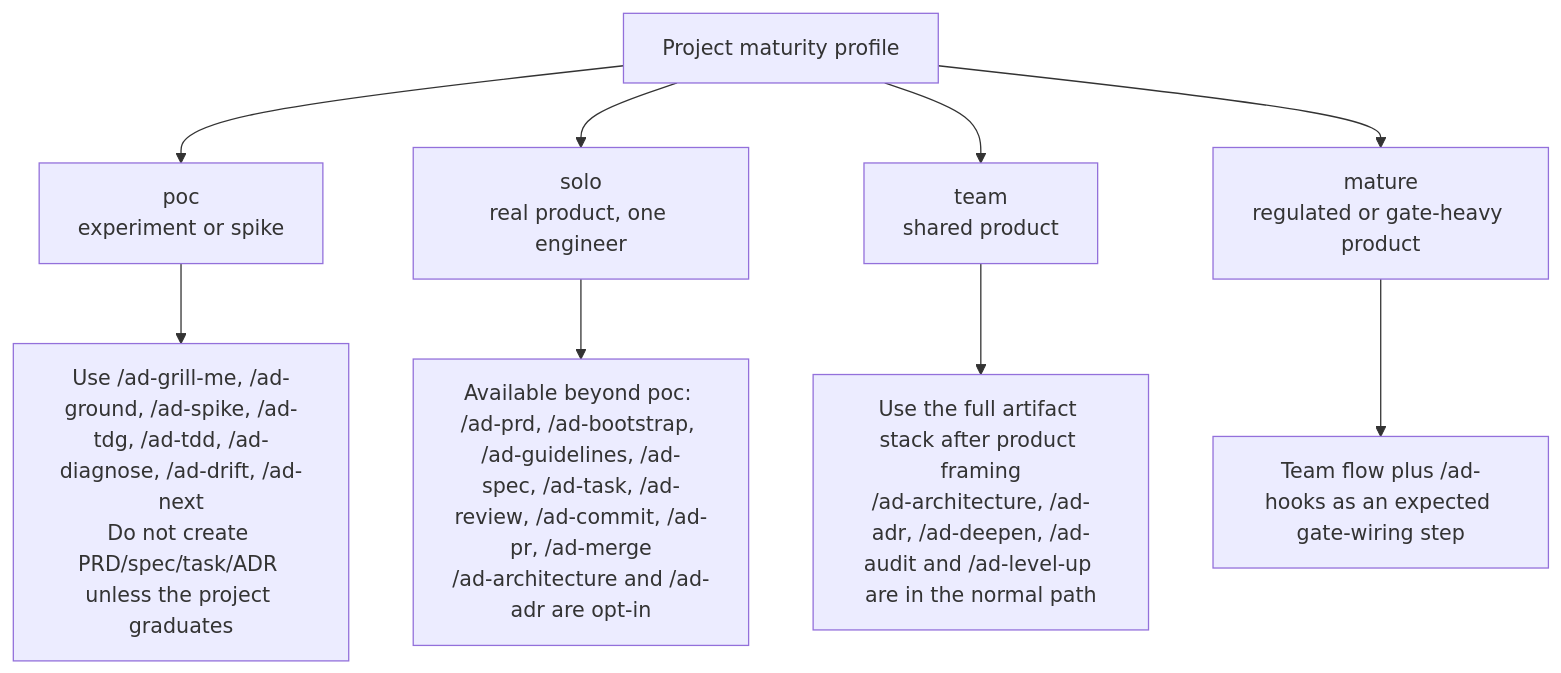
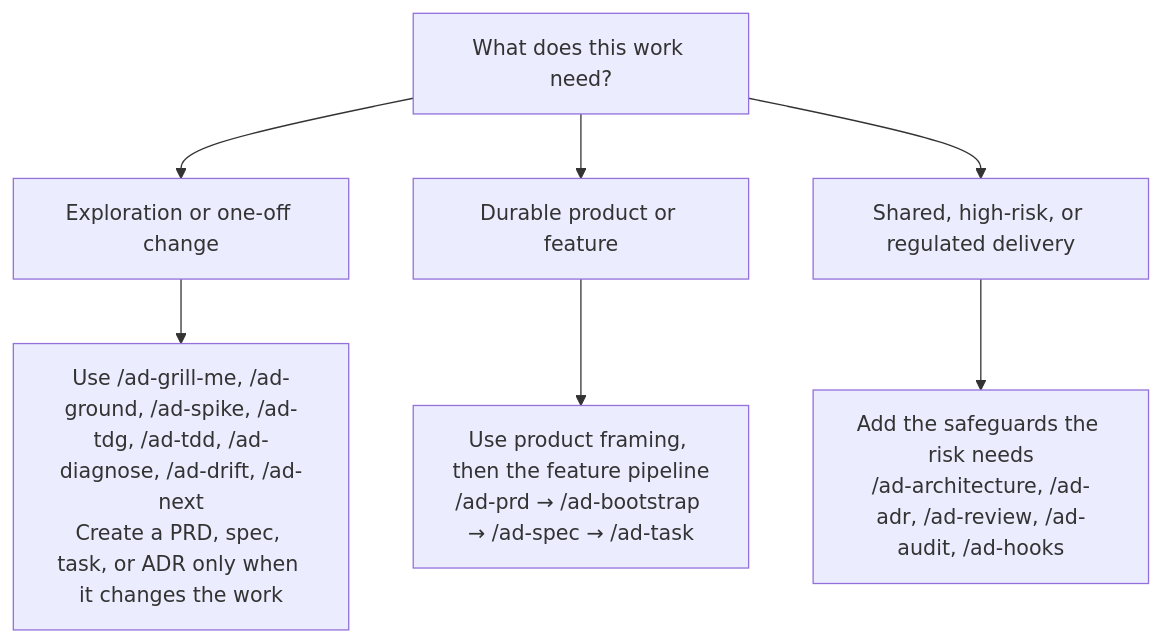
The second of 10 diagrams in WORKFLOW-FLOWS.md (alexandremendoncaalvaro/agentic-development), drawn with Mermaid before and after one commit. The commit also changed other lines of this file and 112 other files, not shown here.

````diff
--- a/WORKFLOW-FLOWS.md
+++ b/WORKFLOW-FLOWS.md
@@ -52,22 +52,18 @@
 ```mermaid
 flowchart TD
-    Work["Project maturity profile"]
-    Poc["poc<br>experiment or spike"]
-    Solo["solo<br>real product, one engineer"]
-    Team["team<br>shared product"]
-    Mature["mature<br>regulated or gate-heavy product"]
+    Work["What does this work need?"]
+    Experiment["Exploration or one-off change"]
+    Durable["Durable product or feature"]
+    Shared["Shared, high-risk, or regulated delivery"]
 
-    PocFlow["Use /ad-grill-me, /ad-ground, /ad-spike, /ad-tdg, /ad-tdd, /ad-diagnose, /ad-drift, /ad-next<br>Do not create PRD/spec/task/ADR unless the project graduates"]
-    SoloFlow["Available beyond poc: /ad-prd, /ad-bootstrap, /ad-guidelines, /ad-spec, /ad-task, /ad-review, /ad-commit, /ad-pr, /ad-merge<br>/ad-architecture and /ad-adr are opt-in"]
-    TeamFlow["Use the full artifact stack after product framing<br>/ad-architecture, /ad-adr, /ad-deepen, /ad-audit and /ad-level-up are in the normal path"]
-    MatureFlow["Team flow plus /ad-hooks as an expected gate-wiring step"]
+    ExperimentFlow["Use /ad-grill-me, /ad-ground, /ad-spike, /ad-tdg, /ad-tdd, /ad-diagnose, /ad-drift, /ad-next<br>Create a PRD, spec, task, or ADR only when it changes the work"]
+    DurableFlow["Use product framing, then the feature pipeline<br>/ad-prd → /ad-bootstrap → /ad-spec → /ad-task"]
+    SharedFlow["Add the safeguards the risk needs<br>/ad-architecture, /ad-adr, /ad-review, /ad-audit, /ad-hooks"]
 
-    Work --> Poc
-    Work --> Solo
-    Work --> Team
-    Work --> Mature
-    Poc --> PocFlow
-    Solo --> SoloFlow
-    Team --> TeamFlow
-    Mature --> MatureFlow
+    Work --> Experiment
+    Work --> Durable
+    Work --> Shared
+    Experiment --> ExperimentFlow
+    Durable --> DurableFlow
+    Shared --> SharedFlow
 ```
````
